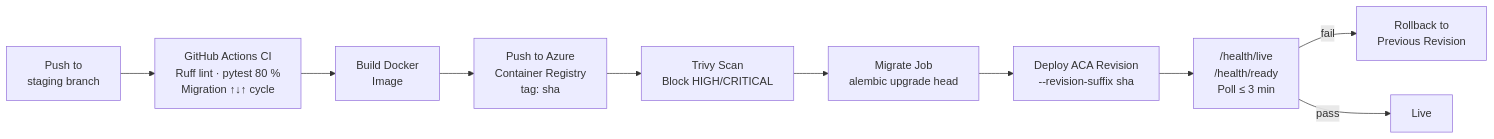
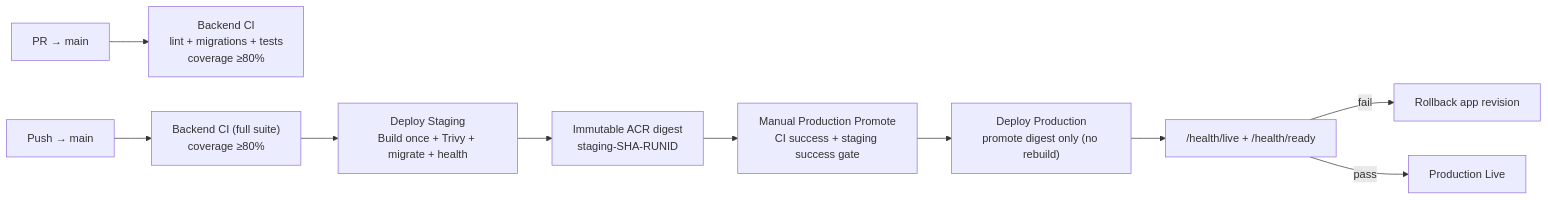
One commit to yslim-030622/ClearSplit changed the second of 2 diagrams in README.md. Above: the diagram before and after it, drawn with Mermaid. The commit also changed other lines of this file and 22 other files, not shown here.

````diff
--- a/README.md
+++ b/README.md
@@ -69,12 +69,12 @@
 ```mermaid
 flowchart LR
-    Push["Push to<br/>staging branch"] --> CI["GitHub Actions CI<br/>Ruff lint · pytest 80 %<br/>Migration ↑↓↑ cycle"]
-    CI --> Build["Build Docker<br/>Image"]
-    Build --> ACR["Push to Azure<br/>Container Registry<br/>tag: sha"]
-    ACR --> Trivy["Trivy Scan<br/>Block HIGH/CRITICAL"]
-    Trivy --> Migrate["Migrate Job<br/>alembic upgrade head"]
-    Migrate --> Deploy["Deploy ACA Revision<br/>--revision-suffix sha"]
-    Deploy --> Health["/health/live<br/>/health/ready<br/>Poll ≤ 3 min"]
-    Health -- "fail" --> Rollback["Rollback to<br/>Previous Revision"]
-    Health -- "pass" --> Live["Live"]
+    PR["PR → main"] --> CIPR["Backend CI<br/>lint + migrations + tests<br/>coverage ≥80%"]
+    MainPush["Push → main"] --> CIMain["Backend CI (full suite)<br/>coverage ≥80%"]
+    CIMain --> StageDeploy["Deploy Staging<br/>Build once + Trivy + migrate + health"]
+    StageDeploy --> Proven["Immutable ACR digest<br/>staging-SHA-RUNID"]
+    Proven --> Promote["Manual Production Promote<br/>CI success + staging success gate"]
+    Promote --> ProdDeploy["Deploy Production<br/>promote digest only (no rebuild)"]
+    ProdDeploy --> Health["/health/live + /health/ready"]
+    Health -- "fail" --> Rollback["Rollback app revision"]
+    Health -- "pass" --> Live["Production Live"]
 ```
````
